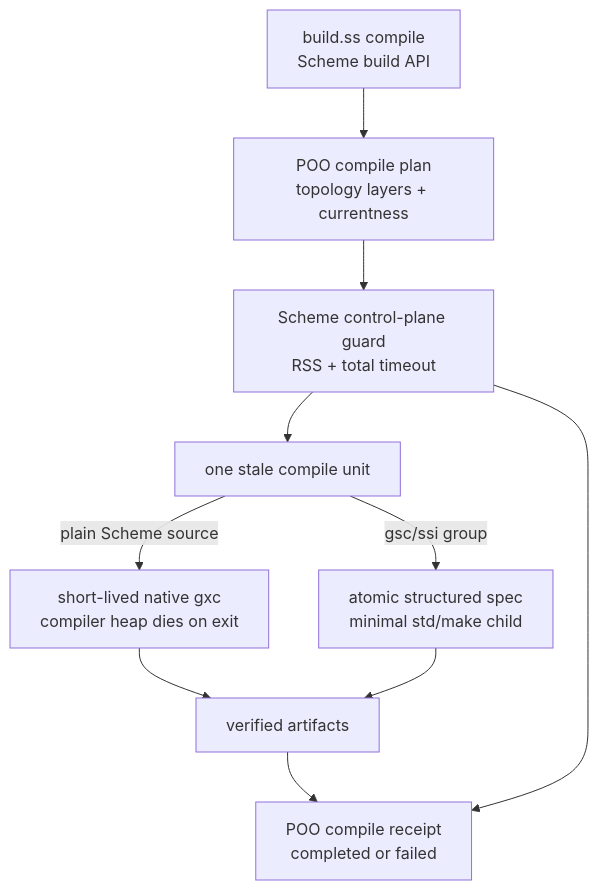
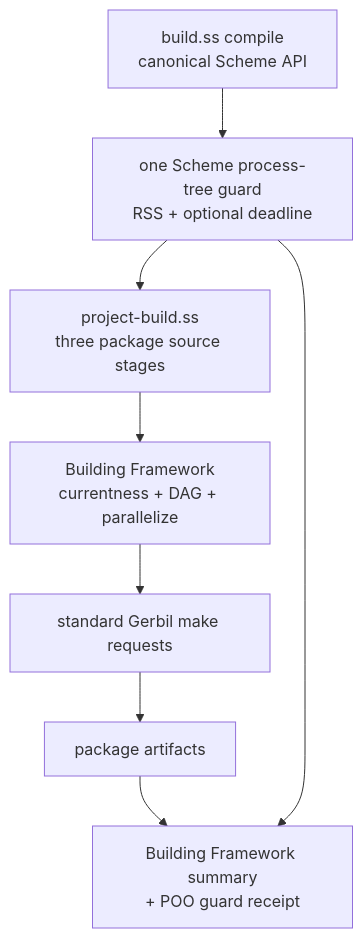
Before and after one commit to tao3k/poo-flow: the third of 4 diagrams in docs/10-19-design/10.06-poo-module-system/58-observability-build-guard.org, drawn with Mermaid. The commit also changed other lines of this file and 9 other files, not shown here.

Commit message:
feat: standardize Gerbil build on Building Framework

```diff
--- a/docs/10-19-design/10.06-poo-module-system/58-observability-build-guard.org
+++ b/docs/10-19-design/10.06-poo-module-system/58-observability-build-guard.org
@@ -130,21 +127,18 @@
 #+begin_src mermaid
 flowchart TB
-  BuildAPI["build.ss compile\nScheme build API"]
-  Plan["POO compile plan\ntopology layers + currentness"]
-  ControlGuard["Scheme control-plane guard\nRSS + total timeout"]
-  Unit["one stale compile unit"]
-  GXC["short-lived native gxc\ncompiler heap dies on exit"]
-  Structured["atomic structured spec\nminimal std/make child"]
-  Artifact["verified artifacts"]
-  Receipt["POO compile receipt\ncompleted or failed"]
+  BuildAPI["build.ss compile\ncanonical Scheme API"]
+  Guard["one Scheme process-tree guard\nRSS + optional deadline"]
+  Project["project-build.ss\nthree package source stages"]
+  Framework["Building Framework\ncurrentness + DAG + parallelize"]
+  Make["standard Gerbil make requests"]
+  Artifact["package artifacts"]
+  Receipt["Building Framework summary\n+ POO guard receipt"]
 
-  BuildAPI --> Plan
-  Plan --> ControlGuard
-  ControlGuard --> Unit
-  Unit -->|plain Scheme source| GXC
-  Unit -->|gsc/ssi group| Structured
-  GXC --> Artifact
-  Structured --> Artifact
+  BuildAPI --> Guard
+  Guard --> Project
+  Project --> Framework
+  Framework --> Make
+  Make --> Artifact
   Artifact --> Receipt
-  ControlGuard --> Receipt
+  Guard --> Receipt
 #+end_src
```
